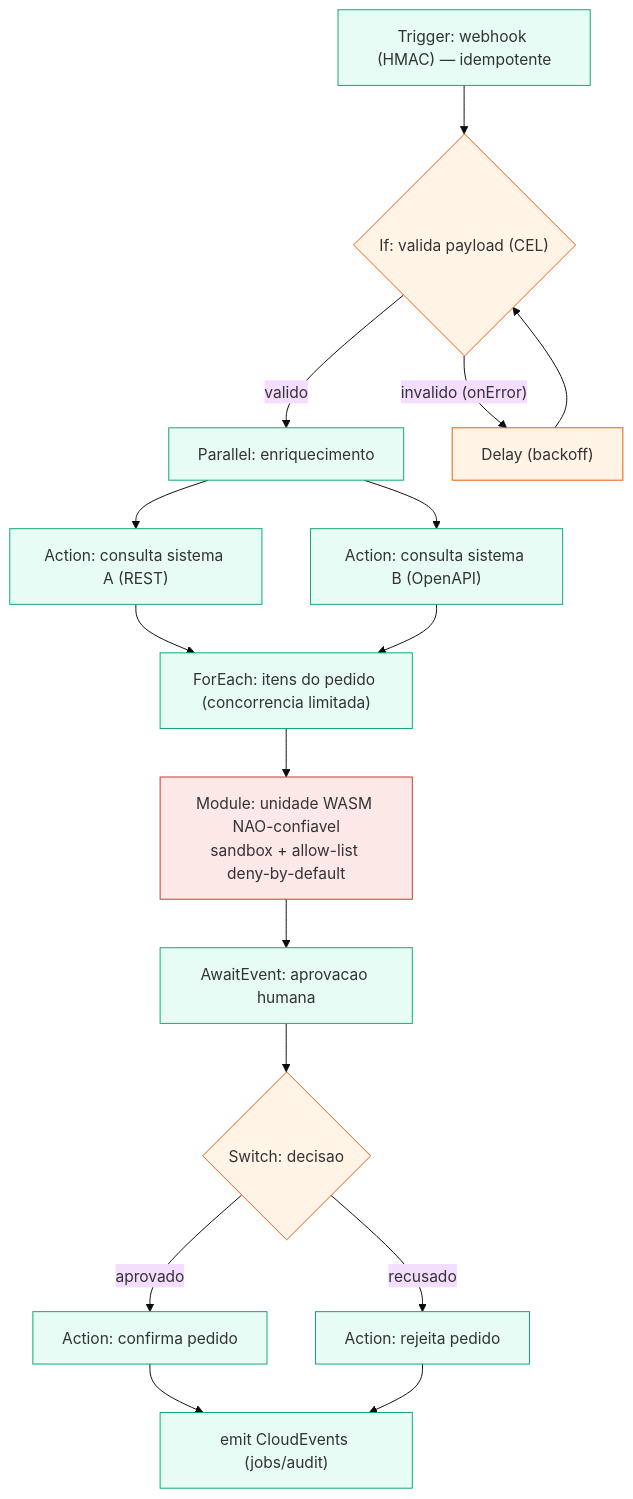
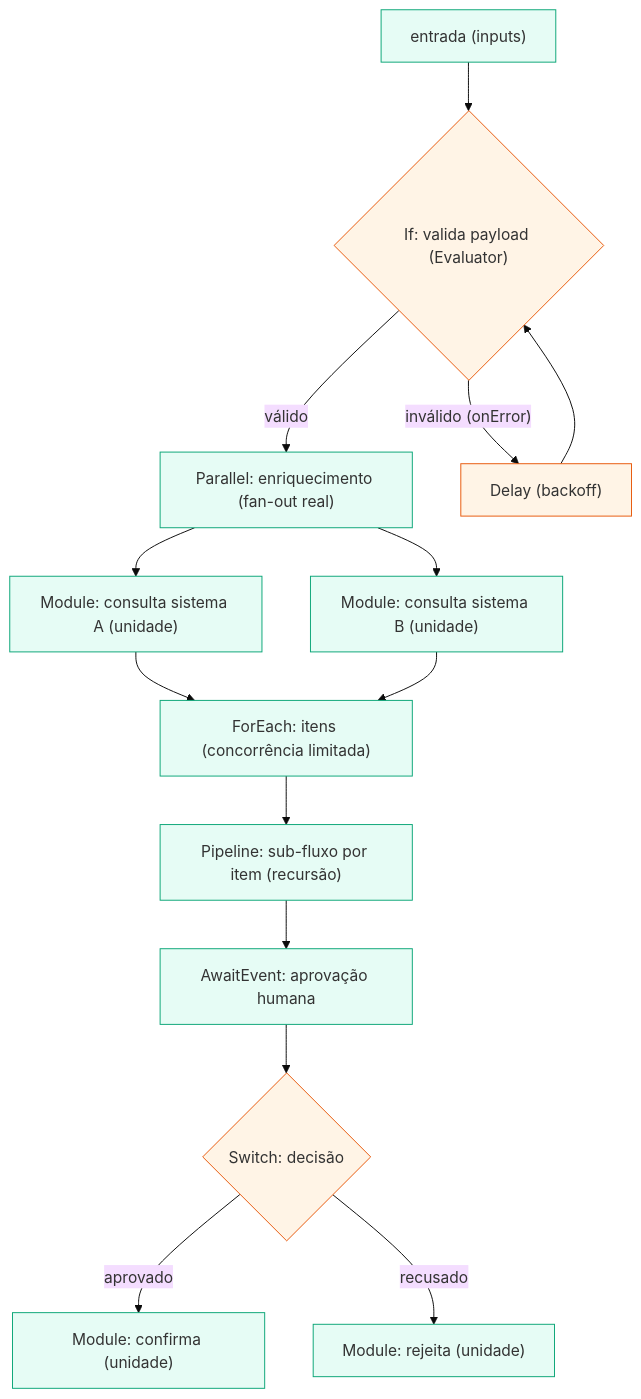
One commit to PlugfyOS/plugfy.framework.contracts changed diagram 12 of 17 in docs/architecture/plugfy-framework-architecture.md. Above: the diagram before and after it, drawn with Mermaid (base theme). The commit also changed other lines of this file and 1 other file, not shown here.

First line of the commit message:
docs(architecture): rewrite framework arch doc to final state — Unit + Pipeline + Execution only

````diff
--- a/docs/architecture/plugfy-framework-architecture.md
+++ b/docs/architecture/plugfy-framework-architecture.md
@@ -768,35 +712,31 @@
 ```mermaid
 flowchart TB
   classDef node fill:#e6fcf5,stroke:#0ca678;
   classDef ctrl fill:#fff4e6,stroke:#e8590c;
-  classDef sand fill:#fde8e8,stroke:#c0392b;
-  T["Trigger: webhook (HMAC) — idempotente"]
-  V{"If: valida payload (CEL)"}
-  PAR["Parallel: enriquecimento"]
-  A1["Action: consulta sistema A (REST)"]
-  A2["Action: consulta sistema B (OpenAPI)"]
-  FE["ForEach: itens do pedido (concorrencia limitada)"]
-  WZ["Module: unidade WASM NAO-confiavel<br/>sandbox + allow-list deny-by-default"]
-  AW["AwaitEvent: aprovacao humana"]
-  SW{"Switch: decisao"}
-  OK["Action: confirma pedido"]
-  NO["Action: rejeita pedido"]
-  EV["emit CloudEvents (jobs/audit)"]
+  IN["entrada (inputs)"]
+  V{"If: valida payload (Evaluator)"}
+  PAR["Parallel: enriquecimento (fan-out real)"]
+  A1["Module: consulta sistema A (unidade)"]
+  A2["Module: consulta sistema B (unidade)"]
+  FE["ForEach: itens (concorrência limitada)"]
+  SUB["Pipeline: sub-fluxo por item (recursão)"]
+  AW["AwaitEvent: aprovação humana"]
+  SW{"Switch: decisão"}
+  OK["Module: confirma (unidade)"]
+  NO["Module: rejeita (unidade)"]
   D["Delay (backoff)"]
-  T --> V
-  V -->|"valido"| PAR
-  V -->|"invalido (onError)"| D
+  IN --> V
+  V -->|"válido"| PAR
+  V -->|"inválido (onError)"| D
   D --> V
   PAR --> A1
   PAR --> A2
   A1 --> FE
   A2 --> FE
-  FE --> WZ
-  WZ --> AW
+  FE --> SUB
+  SUB --> AW
   AW --> SW
   SW -->|"aprovado"| OK
   SW -->|"recusado"| NO
-  OK --> EV
-  NO --> EV
-  class T,PAR,A1,A2,FE,AW,OK,NO,EV node; class V,SW,D ctrl; class WZ sand;
+  class IN,PAR,A1,A2,FE,SUB,AW,OK,NO node; class V,SW,D ctrl;
 ```
````
